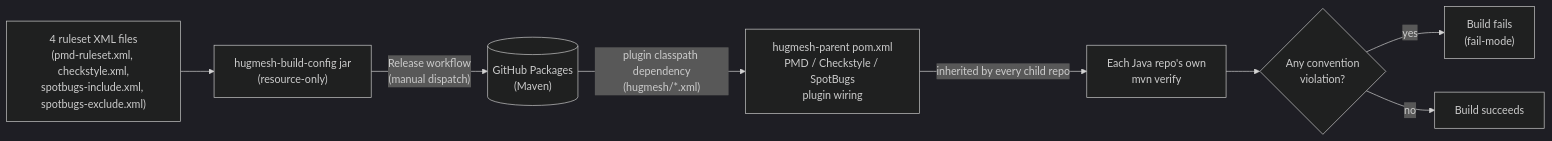
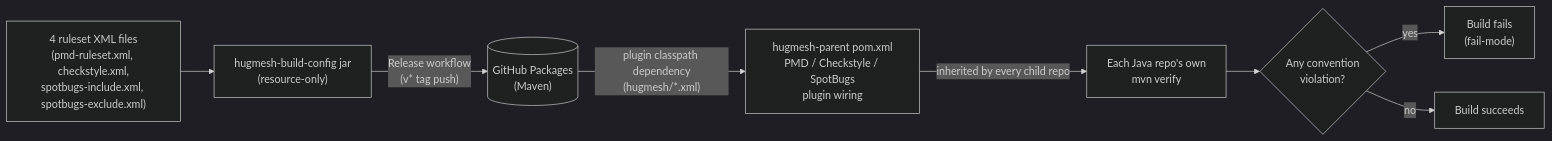
One commit to hugmesh/hugmesh.github.io changed the diagram in content/developer-guide/shared-build-config.md. Above: the diagram before and after it, drawn with Mermaid (dark theme). The commit also changed other lines of this file and 166 other files, not shown here.

````diff
--- a/content/developer-guide/shared-build-config.md
+++ b/content/developer-guide/shared-build-config.md
@@ -79,19 +79,19 @@
 ```mermaid
 flowchart LR
     XML["4 ruleset XML files\n(pmd-ruleset.xml, checkstyle.xml,\nspotbugs-include.xml, spotbugs-exclude.xml)"]
     JAR["hugmesh-build-config jar\n(resource-only)"]
     REG[("GitHub Packages\n(Maven)")]
     PARENT["hugmesh-parent pom.xml\nPMD / Checkstyle / SpotBugs\nplugin wiring"]
     REPO["Each Java repo's own\nmvn verify"]
     GATE{"Any convention\nviolation?"}
     FAIL["Build fails\n(fail-mode)"]
     PASS["Build succeeds"]
 
     XML --> JAR
-    JAR -->|"Release workflow\n(manual dispatch)"| REG
+    JAR -->|"Release workflow\n(v* tag push)"| REG
     REG -->|"plugin classpath dependency\n(hugmesh/*.xml)"| PARENT
     PARENT -->|"inherited by every child repo"| REPO
     REPO --> GATE
     GATE -->|yes| FAIL
     GATE -->|no| PASS
 ```
````
